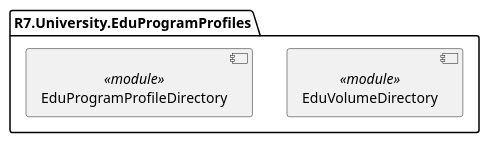
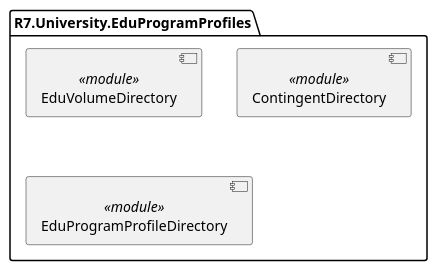
The second of 2 diagrams in doc/EduVolume.puml (r7-labs/R7.University), drawn with PlantUML before and after one commit. The commit also changed other lines of this file and 1 other file, not shown here.

Commit message:
Update diagrams for contingent and edu. volume

```diff
--- a/doc/EduVolume.puml
+++ b/doc/EduVolume.puml
@@ -56,8 +41,9 @@
 @startuml EduVolume Modules
 
 package R7.University.EduProgramProfiles {
     [EduVolumeDirectory]<<module>>
+    [ContingentDirectory]<<module>>
     [EduProgramProfileDirectory]<<module>>
 }
 
 @enduml
```
